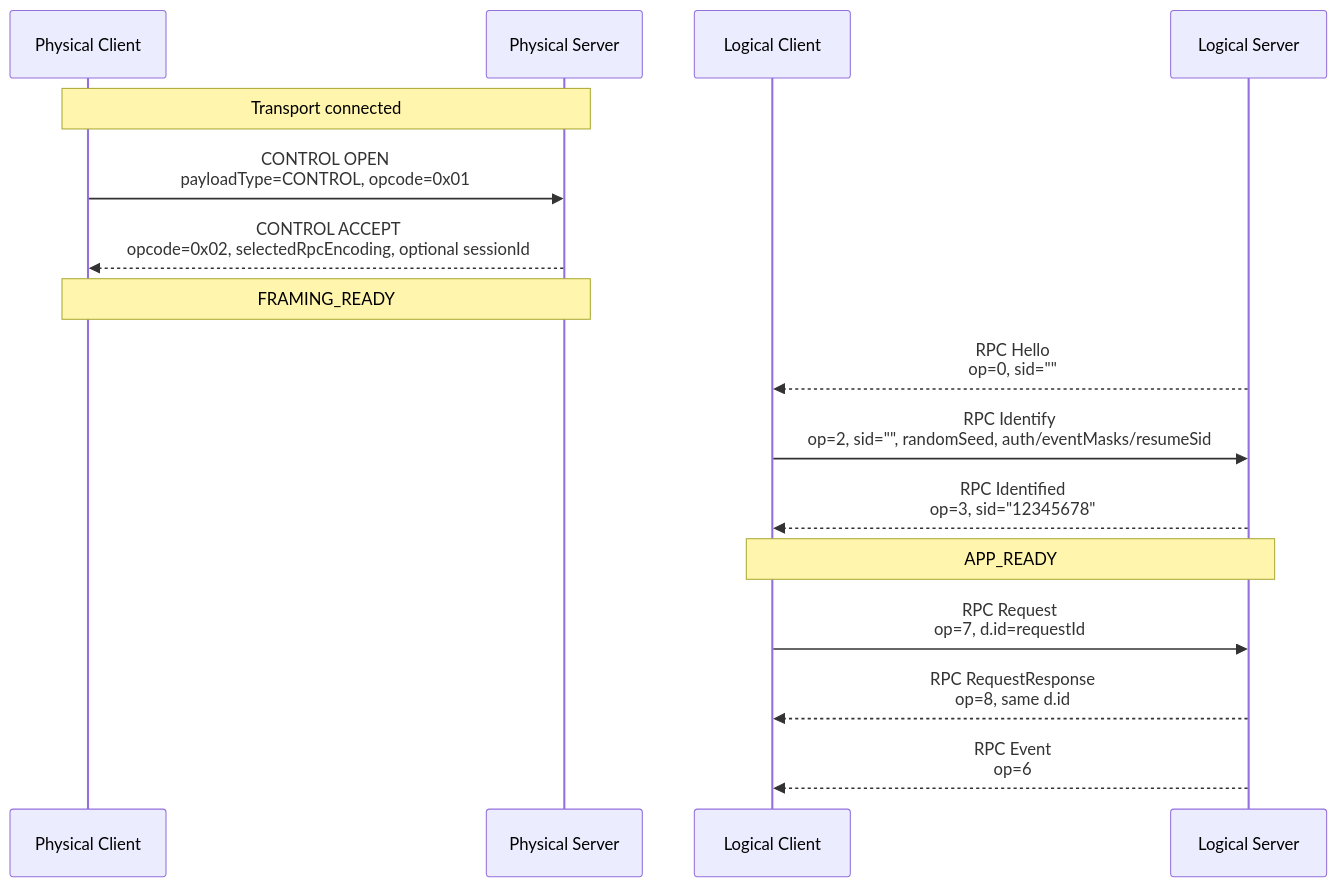
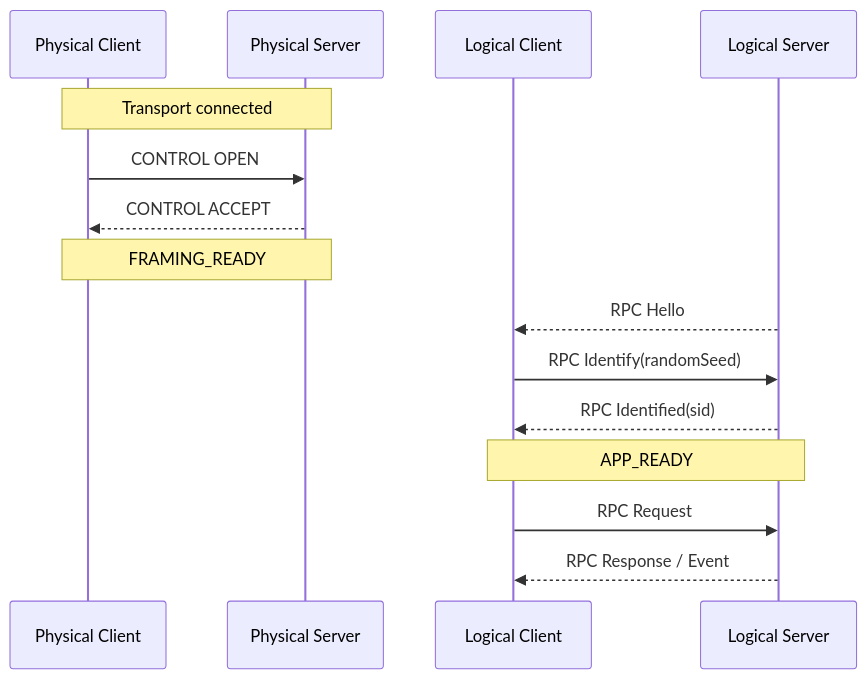
The first of 3 diagrams in docs/guides/core-protocol-flow.md (Mostorm-Labs/axtp), drawn with Mermaid before and after one commit. The commit also changed other lines of this file and 113 other files, not shown here.

````diff
--- a/docs/guides/core-protocol-flow.md
+++ b/docs/guides/core-protocol-flow.md
@@ -44,21 +33,18 @@
 ```mermaid
 sequenceDiagram
     participant PC as Physical Client
     participant PS as Physical Server
     participant LC as Logical Client
     participant LS as Logical Server
 
     Note over PC,PS: Transport connected
-    PC->>PS: CONTROL OPEN<br/>payloadType=CONTROL, opcode=0x01
-    PS-->>PC: CONTROL ACCEPT<br/>opcode=0x02, selectedRpcEncoding, optional sessionId
+    PC->>PS: CONTROL OPEN
+    PS-->>PC: CONTROL ACCEPT
     Note over PC,PS: FRAMING_READY
-
-    LS-->>LC: RPC Hello<br/>op=0, sid=""
-    LC->>LS: RPC Identify<br/>op=2, sid="", randomSeed, auth/eventMasks/resumeSid
-    LS-->>LC: RPC Identified<br/>op=3, sid="12345678"
+    LS-->>LC: RPC Hello
+    LC->>LS: RPC Identify(randomSeed)
+    LS-->>LC: RPC Identified(sid)
     Note over LC,LS: APP_READY
-
-    LC->>LS: RPC Request<br/>op=7, d.id=requestId
-    LS-->>LC: RPC RequestResponse<br/>op=8, same d.id
-    LS-->>LC: RPC Event<br/>op=6
+    LC->>LS: RPC Request
+    LS-->>LC: RPC Response / Event
 ```
````
